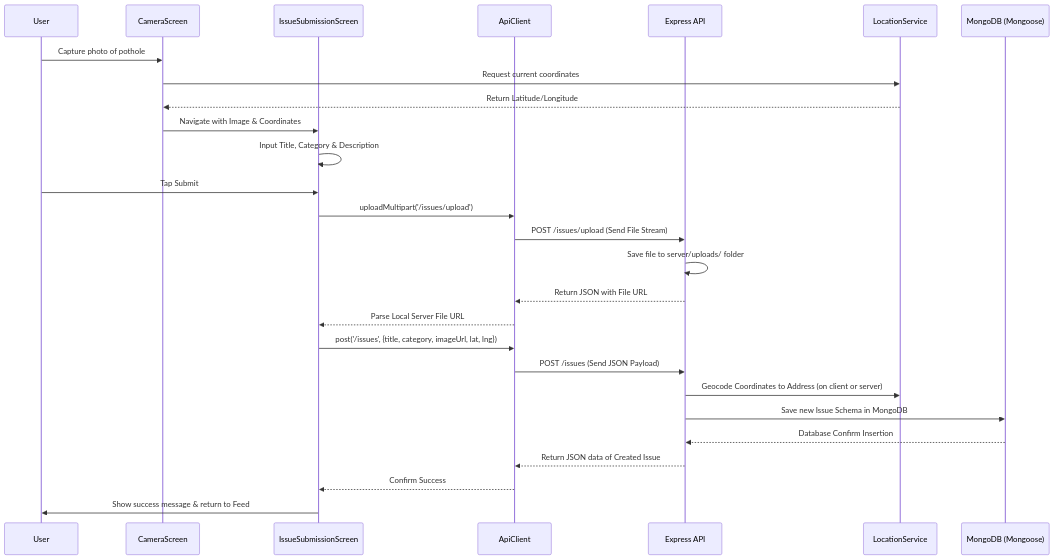
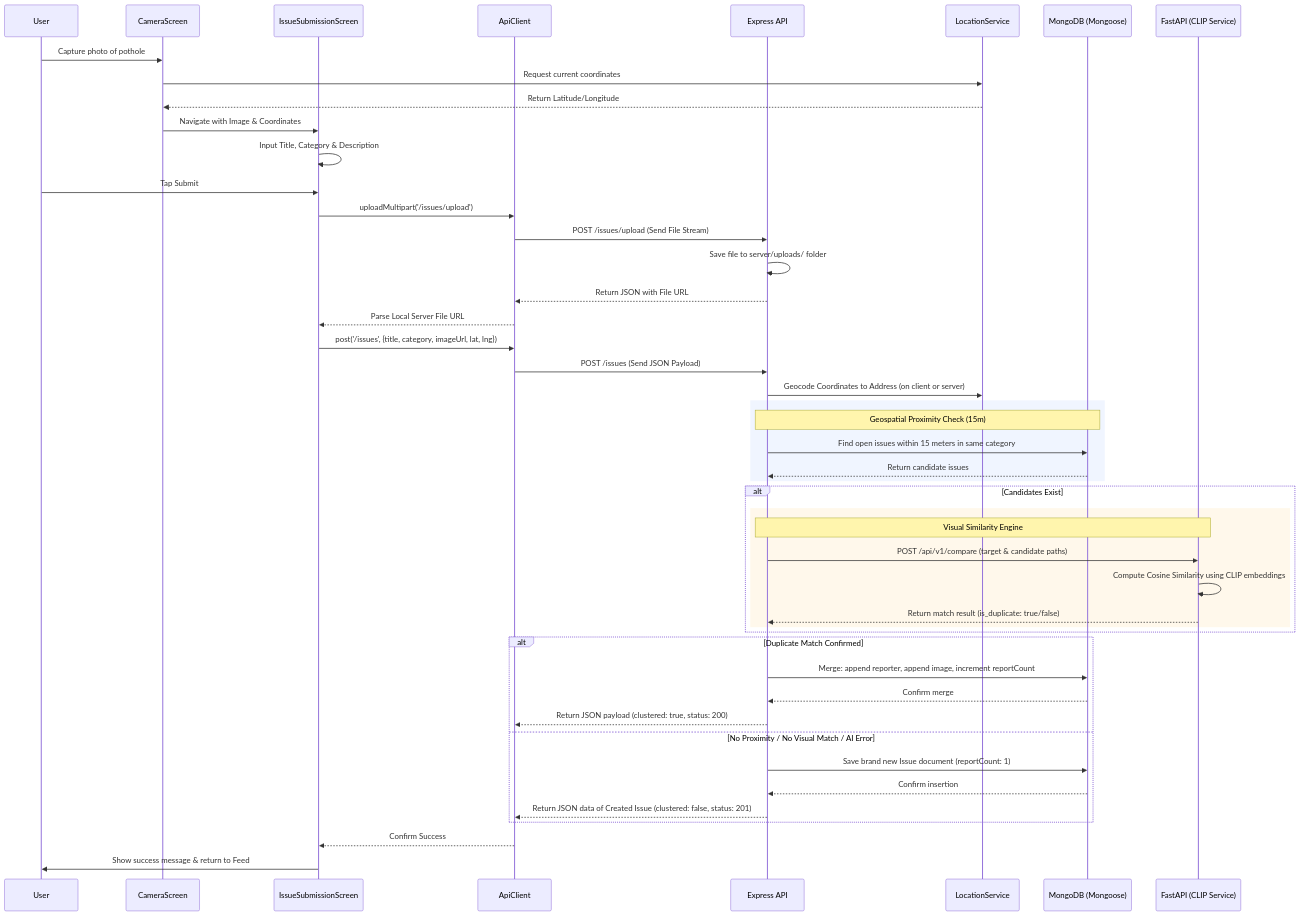
One commit to Varunpatel586/Civic_Connect changed the second of 2 diagrams in docs/architecture.md. Above: the diagram before and after it, drawn with Mermaid. The commit also changed other lines of this file and 13 other files, not shown here.

````diff
--- a/docs/architecture.md
+++ b/docs/architecture.md
@@ -71,30 +79,55 @@
 ```mermaid
 sequenceDiagram
     participant U as User
     participant CS as CameraScreen
     participant ISS as IssueSubmissionScreen
     participant AC as ApiClient
     participant EX as Express API
     participant LS as LocationService
     participant MG as MongoDB (Mongoose)
+    participant AI as FastAPI (CLIP Service)
 
     U->>CS: Capture photo of pothole
     CS->>LS: Request current coordinates
     LS-->>CS: Return Latitude/Longitude
     CS->>ISS: Navigate with Image & Coordinates
     ISS->>ISS: Input Title, Category & Description
     U->>ISS: Tap Submit
     ISS->>AC: uploadMultipart('/issues/upload')
     AC->>EX: POST /issues/upload (Send File Stream)
     EX->>EX: Save file to server/uploads/ folder
     EX-->>AC: Return JSON with File URL
     AC-->>ISS: Parse Local Server File URL
     ISS->>AC: post('/issues', {title, category, imageUrl, lat, lng})
     AC->>EX: POST /issues (Send JSON Payload)
+    
     EX->>LS: Geocode Coordinates to Address (on client or server)
-    EX->>MG: Save new Issue Schema in MongoDB
-    MG-->>EX: Database Confirm Insertion
-    EX-->>AC: Return JSON data of Created Issue
+    
+    rect rgb(240, 245, 255)
+        Note over EX,MG: Geospatial Proximity Check (15m)
+        EX->>MG: Find open issues within 15 meters in same category
+        MG-->>EX: Return candidate issues
+    end
+
+    alt Candidates Exist
+        rect rgb(255, 248, 235)
+            Note over EX,AI: Visual Similarity Engine
+            EX->>AI: POST /api/v1/compare (target & candidate paths)
+            AI->>AI: Compute Cosine Similarity using CLIP embeddings
+            AI-->>EX: Return match result (is_duplicate: true/false)
+        end
+    end
+
+    alt Duplicate Match Confirmed
+        EX->>MG: Merge: append reporter, append image, increment reportCount
+        MG-->>EX: Confirm merge
+        EX-->>AC: Return JSON payload (clustered: true, status: 200)
+    else No Proximity / No Visual Match / AI Error
+        EX->>MG: Save brand new Issue document (reportCount: 1)
+        MG-->>EX: Confirm insertion
+        EX-->>AC: Return JSON data of Created Issue (clustered: false, status: 201)
+    end
+    
     AC-->>ISS: Confirm Success
     ISS->>U: Show success message & return to Feed
 ```
````
